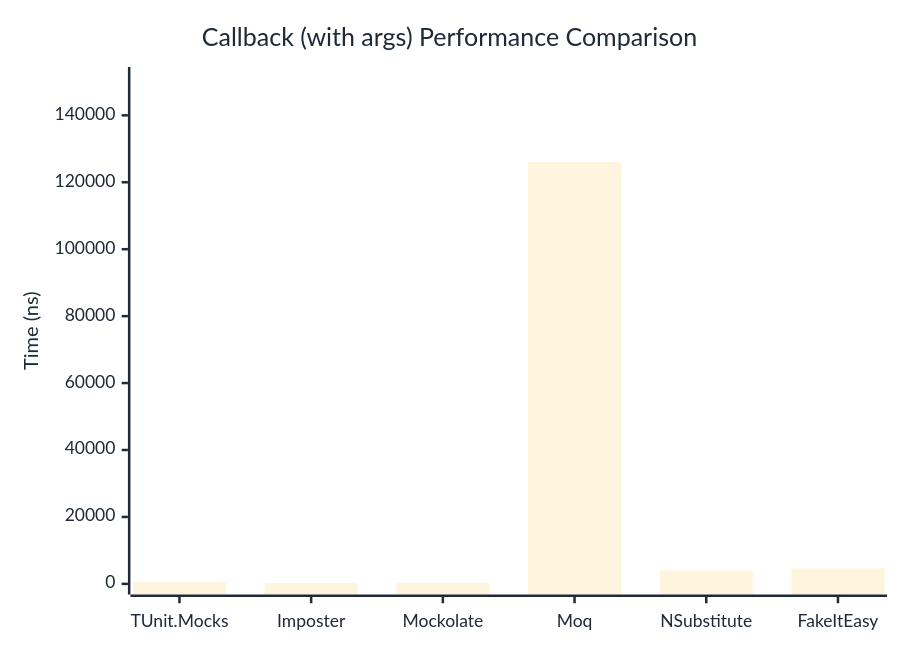
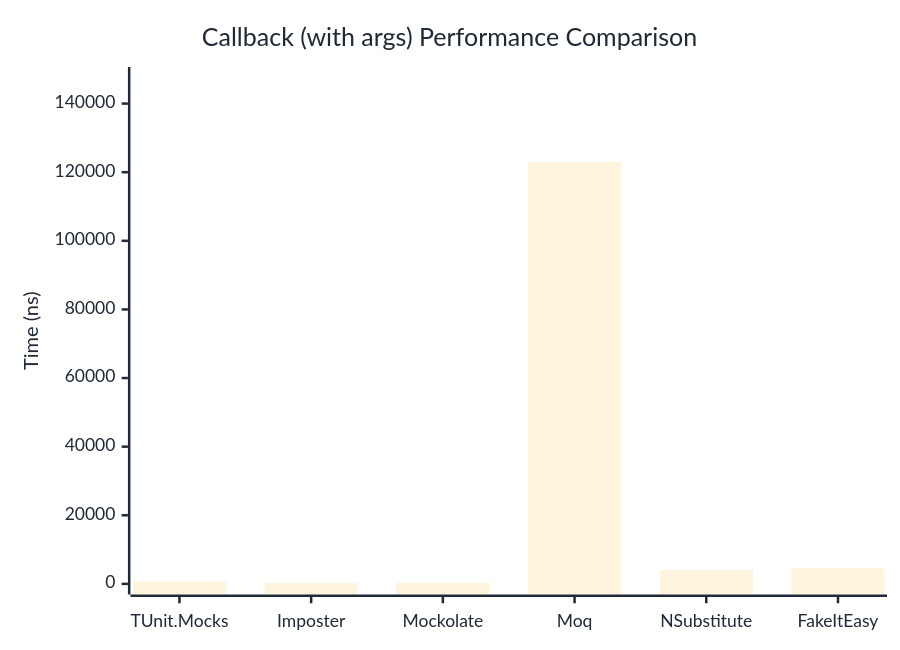
Before and after one commit to thomhurst/TUnit: the second of 2 diagrams in docs/docs/benchmarks/mocks/Callback.md, drawn with Mermaid. The commit also changed other lines of this file and 14 other files, not shown here.

````diff
--- a/docs/docs/benchmarks/mocks/Callback.md
+++ b/docs/docs/benchmarks/mocks/Callback.md
@@ -71,27 +71,27 @@
 ```mermaid
 %%{init: {
   'theme':'base',
   'themeVariables': {
     'primaryColor': '#2563eb',
     'primaryTextColor': '#1f2937',
     'primaryBorderColor': '#1e40af',
     'lineColor': '#6b7280',
     'secondaryColor': '#7c3aed',
     'tertiaryColor': '#dc2626',
     'background': '#ffffff',
     'pie1': '#2563eb',
     'pie2': '#7c3aed',
     'pie3': '#dc2626',
     'pie4': '#f59e0b',
     'pie5': '#10b981',
     'pie6': '#06b6d4',
     'pie7': '#ec4899',
     'pie8': '#6366f1'
   }
 }}%%
 xychart-beta
   title "Callback (with args) Performance Comparison"
   x-axis ["TUnit.Mocks", "Imposter", "Mockolate", "Moq", "NSubstitute", "FakeItEasy"]
-  y-axis "Time (ns)" 0 --> 151264
-  bar [636.3, 233.1, 290.2, 126053.1, 4043.3, 4623.8]
+  y-axis "Time (ns)" 0 --> 147570
+  bar [642.6, 242, 337.2, 122974.8, 4081.3, 4577.6]
 ```
````
